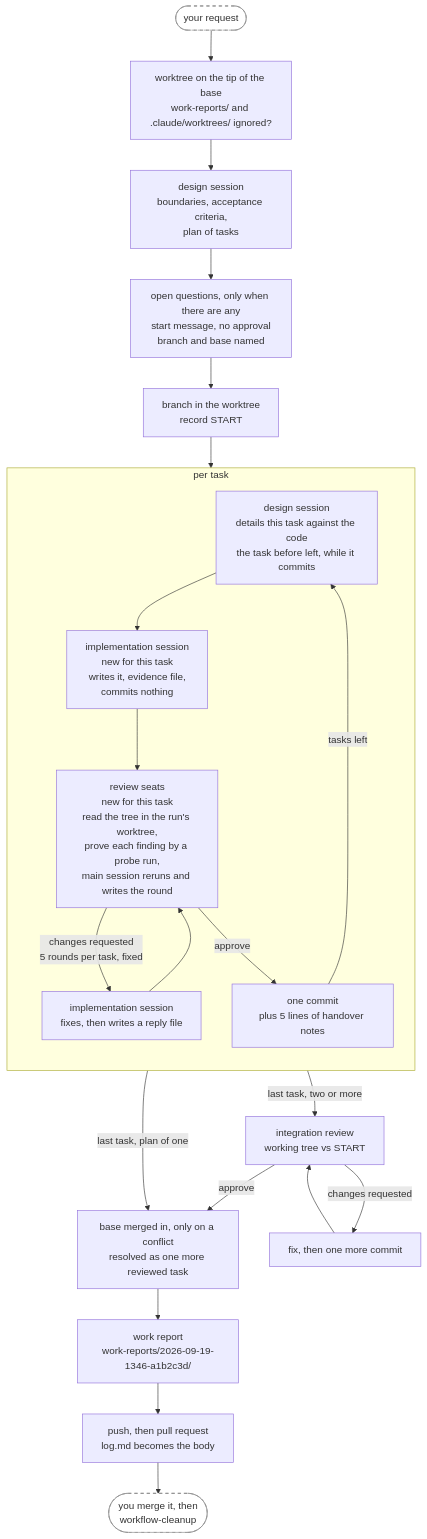
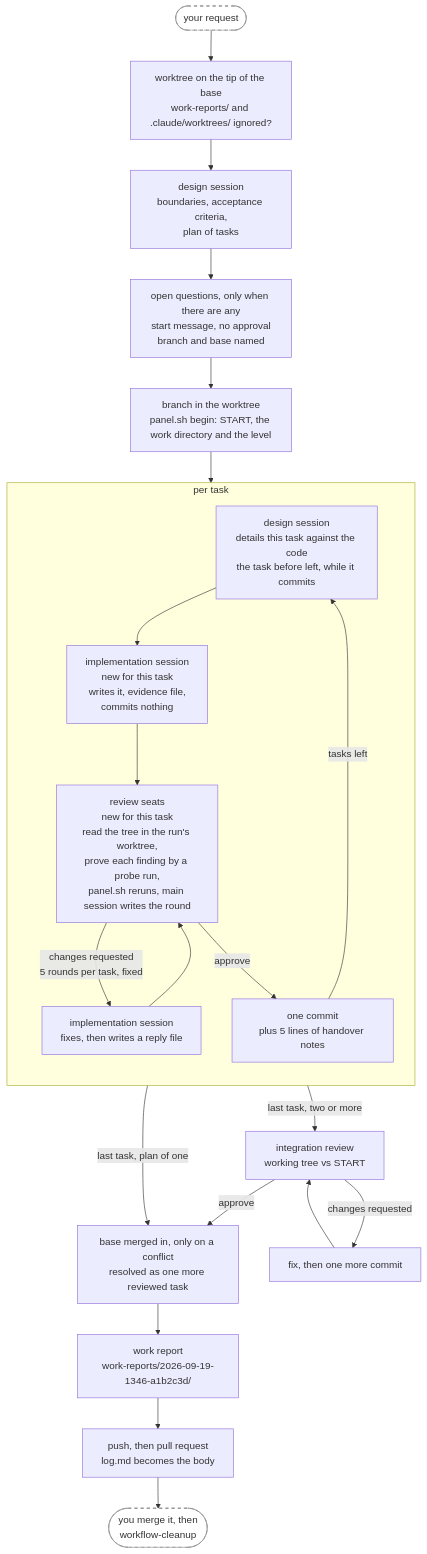
One commit to annetaan/claude-plugins changed the second of 4 diagrams in plugins/annetaan/README.md. Above: the diagram before and after it, drawn with Mermaid. The commit also changed other lines of this file and 26 other files, not shown here.

First line of the commit message:
Let panel.sh own the run's work directory, and check and draft the review files (#130)

````diff
--- a/plugins/annetaan/README.md
+++ b/plugins/annetaan/README.md
@@ -168,33 +168,33 @@
 ```mermaid
 flowchart TD
     req(["your request"]) --> wt["worktree on the tip of the base<br/>work-reports/ and .claude/worktrees/ ignored?"] --> design["design session<br/>boundaries, acceptance criteria,<br/>plan of tasks"]
     design --> ask["open questions, only when there are any<br/>start message, no approval<br/>branch and base named"]
-    ask --> setup["branch in the worktree<br/>record START"]
+    ask --> setup["branch in the worktree<br/>panel.sh begin: START, the work directory and the level"]
     setup --> detail
 
     subgraph task["per task"]
         direction TB
         detail["design session<br/>details this task against the code<br/>the task before left, while it commits"]
         impl["implementation session<br/>new for this task<br/>writes it, evidence file,<br/>commits nothing"]
-        review["review seats<br/>new for this task<br/>read the tree in the run's worktree,<br/>prove each finding by a probe run,<br/>main session reruns and writes the round"]
+        review["review seats<br/>new for this task<br/>read the tree in the run's worktree,<br/>prove each finding by a probe run,<br/>panel.sh reruns, main session writes the round"]
         respond["implementation session<br/>fixes, then writes a reply file"]
         commit["one commit<br/>plus 5 lines of handover notes"]
         detail --> impl --> review
         review -->|"changes requested<br/>5 rounds per task, fixed"| respond
         respond --> review
         review -->|approve| commit
         commit -->|tasks left| detail
     end
 
     commit -->|"last task, two or more"| integ["integration review<br/>working tree vs START"]
     commit -->|"last task, plan of one"| sync
     integ -->|changes requested| integfix["fix, then one more commit"]
     integfix --> integ
     integ -->|approve| sync["base merged in, only on a conflict<br/>resolved as one more reviewed task"]
     sync --> report["work report<br/>work-reports/2026-09-19-1346-a1b2c3d/"]
     report --> pr["push, then pull request<br/>log.md becomes the body"]
     pr --> clean(["you merge it, then<br/>workflow-cleanup"])
 
     classDef human fill:#fff,stroke:#888,stroke-dasharray: 5 5
     class req,clean human
 ```
````
